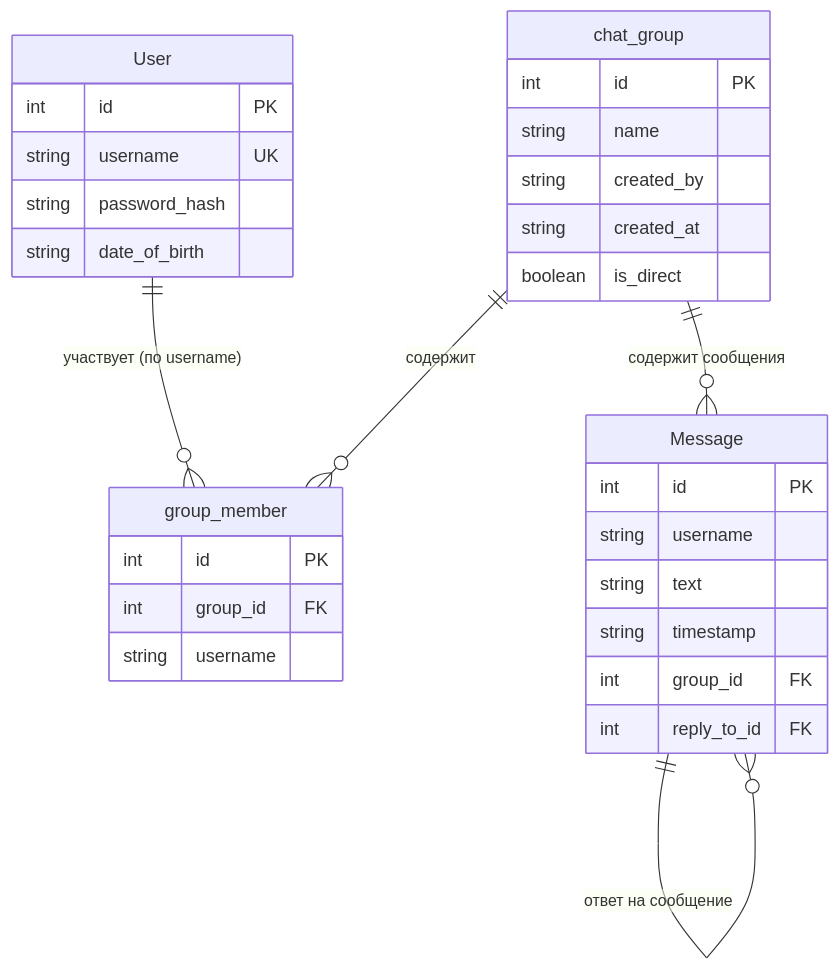
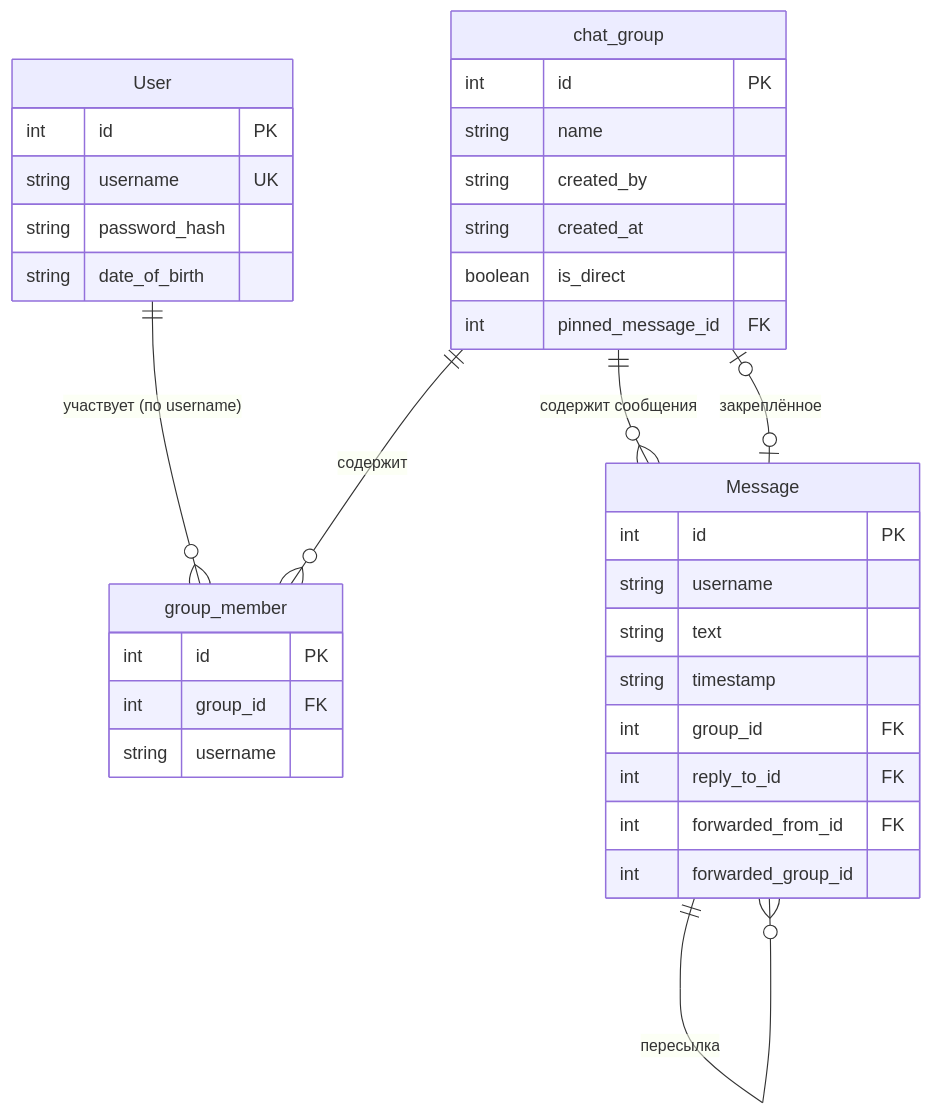
One commit to alexcherch/Half_Chat changed the diagram in README.md. Above: the diagram before and after it, drawn with Mermaid. The commit also changed other lines of this file and 6 other files, not shown here.

Commit message:
message forwarding (forwarded_from_id) and pinned messages (pinned_message_id, pin/unpin, WS events)

````diff
--- a/README.md
+++ b/README.md
@@ -81,37 +84,42 @@
 ```mermaid
 erDiagram
     User {
         int id PK
         string username UK
         string password_hash
         string date_of_birth
     }
 
     chat_group {
         int id PK
         string name
         string created_by
         string created_at
         boolean is_direct
+        int pinned_message_id FK
     }
 
     group_member {
         int id PK
         int group_id FK
         string username
     }
 
     Message {
         int id PK
         string username
         string text
         string timestamp
         int group_id FK
         int reply_to_id FK
+        int forwarded_from_id FK
+        int forwarded_group_id
     }
 
     Message ||--o{ Message : "ответ на сообщение"
+    Message ||--o{ Message : "пересылка"
     User ||--o{ group_member : "участвует (по username)"
     chat_group ||--o{ group_member : "содержит"
     chat_group ||--o{ Message : "содержит сообщения"
+    chat_group o|--o| Message : "закреплённое"
 ```
````
